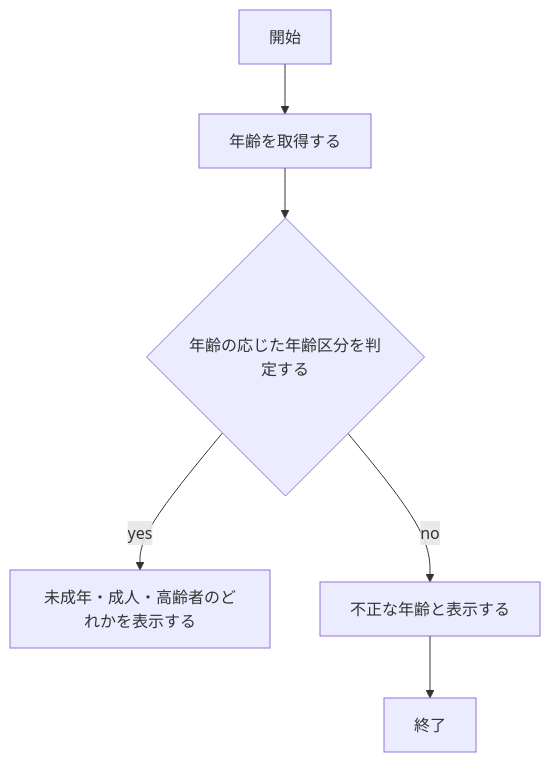
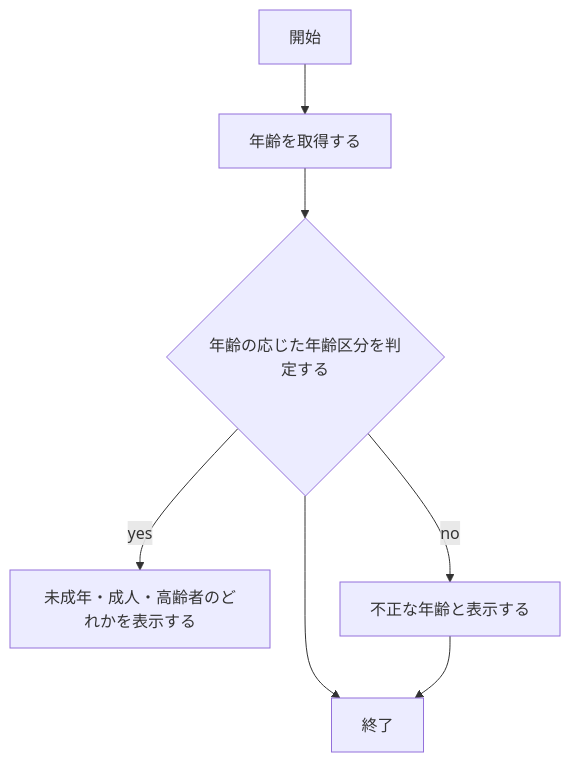
One commit to konouekenyu/webpro_06 changed the fourth of 4 diagrams in README.md. Above: the diagram before and after it, drawn with Mermaid.

Commit message:
README.md

````diff
--- a/README.md
+++ b/README.md
@@ -70,12 +70,13 @@
 ```mermaid
 flowchart TD;
 
 start["開始"];
 end3["終了"]
 
 start --> E["年齢を取得する"];
 E --> F{"年齢の応じた年齢区分を判定する"};
 F --> |yes| G["未成年・成人・高齢者のどれかを表示する"];
 F --> |no| H["不正な年齢と表示する"];
+F --> end3
 H --> end3
 ```
````
